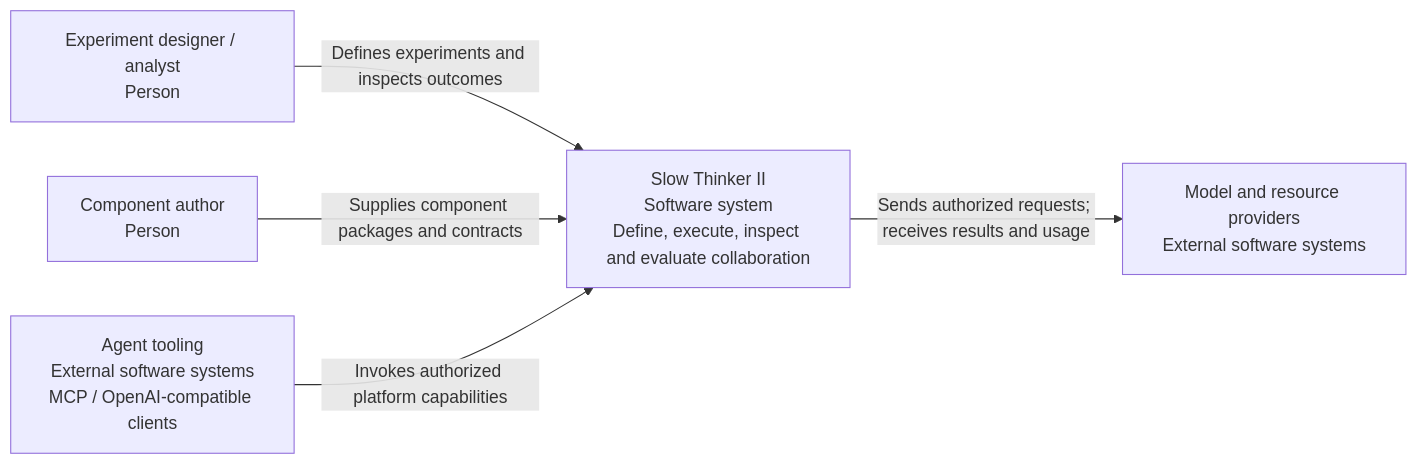
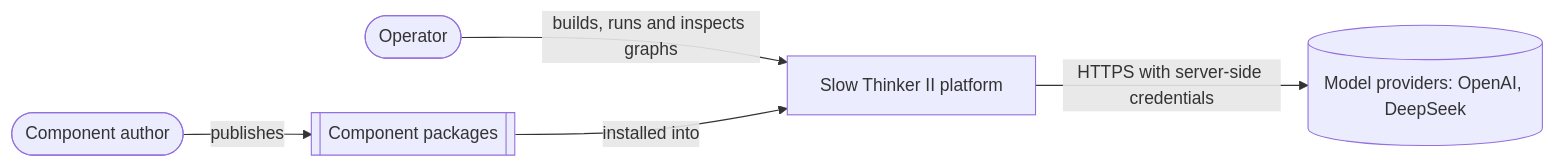
The first of 3 diagrams in docs/architecture/views.md (cesarzea/slow-thinker-ii), drawn with Mermaid before and after one commit. The commit also changed other lines of this file and 1774 other files, not shown here.

````diff
--- a/docs/architecture/views.md
+++ b/docs/architecture/views.md
@@ -7,12 +5,12 @@
 ```mermaid
 flowchart LR
-  operator["Experiment designer / analyst<br/>Person"]
-  author["Component author<br/>Person"]
-  platform["Slow Thinker II<br/>Software system<br/>Define, execute, inspect and evaluate collaboration"]
-  providers["Model and resource providers<br/>External software systems"]
-  clients["Agent tooling<br/>External software systems<br/>MCP / OpenAI-compatible clients"]
-  operator -->|"Defines experiments and inspects outcomes"| platform
-  author -->|"Supplies component packages and contracts"| platform
-  clients -->|"Invokes authorized platform capabilities"| platform
-  platform -->|"Sends authorized requests; receives results and usage"| providers
+  operator([Operator])
+  author([Component author])
+  platform[Slow Thinker II platform]
+  providers[(Model providers: OpenAI, DeepSeek)]
+  packages[[Component packages]]
+  operator -- builds, runs and inspects graphs --> platform
+  author -- publishes --> packages
+  packages -- installed into --> platform
+  platform -- HTTPS with server-side credentials --> providers
 ```
````
